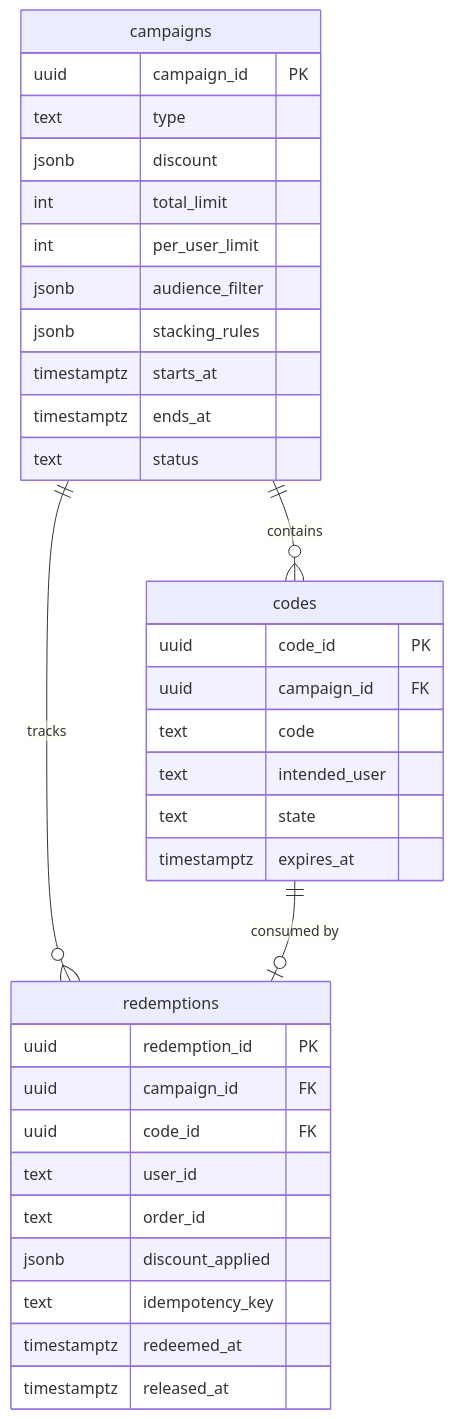
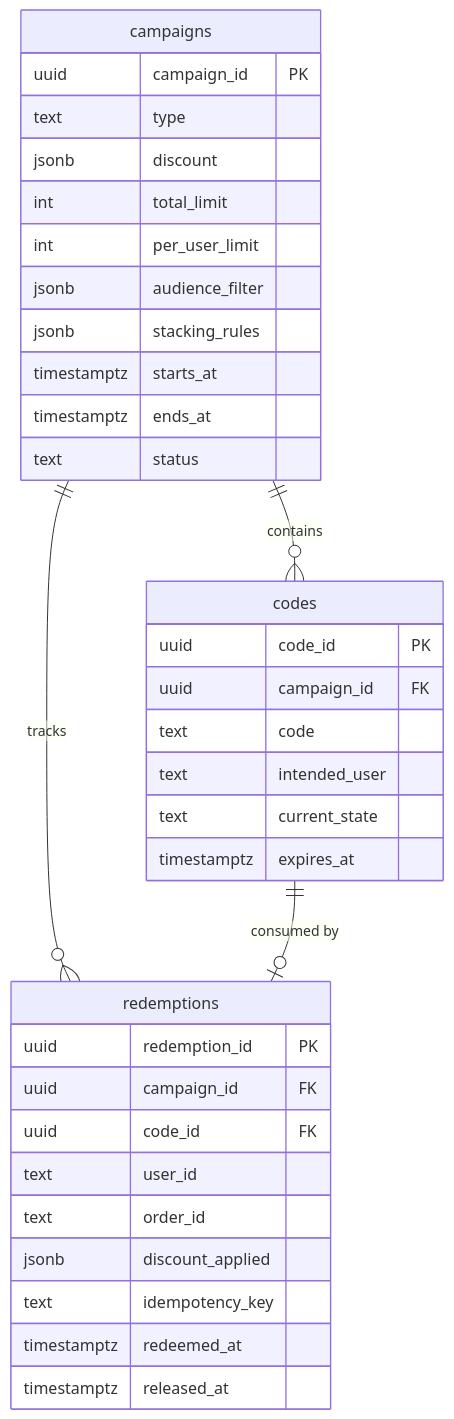
Diagram 12 of 15 in _practice/system-design/014-coupon-redemption.md (shiningflash/shiningflash.github.io), drawn with Mermaid before and after one commit. The commit also changed 4 other files, not shown here.

````diff
--- a/_practice/system-design/014-coupon-redemption.md
+++ b/_practice/system-design/014-coupon-redemption.md
@@ -651,38 +651,38 @@
 ```mermaid
 erDiagram
     campaigns ||--o{ codes : "contains"
     campaigns ||--o{ redemptions : "tracks"
     codes ||--o| redemptions : "consumed by"
 
     campaigns {
         uuid campaign_id PK
         text type
         jsonb discount
         int total_limit
         int per_user_limit
         jsonb audience_filter
         jsonb stacking_rules
         timestamptz starts_at
         timestamptz ends_at
         text status
     }
     codes {
         uuid code_id PK
         uuid campaign_id FK
         text code
         text intended_user
-        text state
+        text current_state
         timestamptz expires_at
     }
     redemptions {
         uuid redemption_id PK
         uuid campaign_id FK
         uuid code_id FK
         text user_id
         text order_id
         jsonb discount_applied
         text idempotency_key
         timestamptz redeemed_at
         timestamptz released_at
     }
 ```
````
